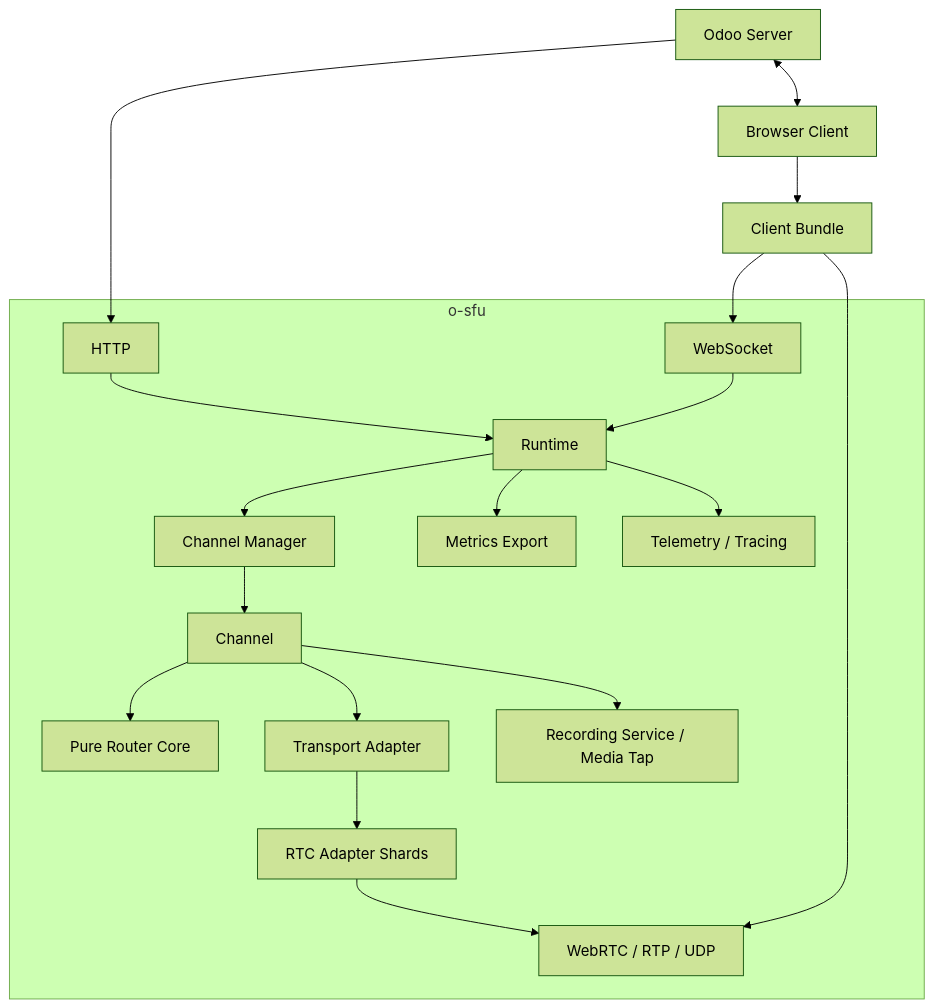
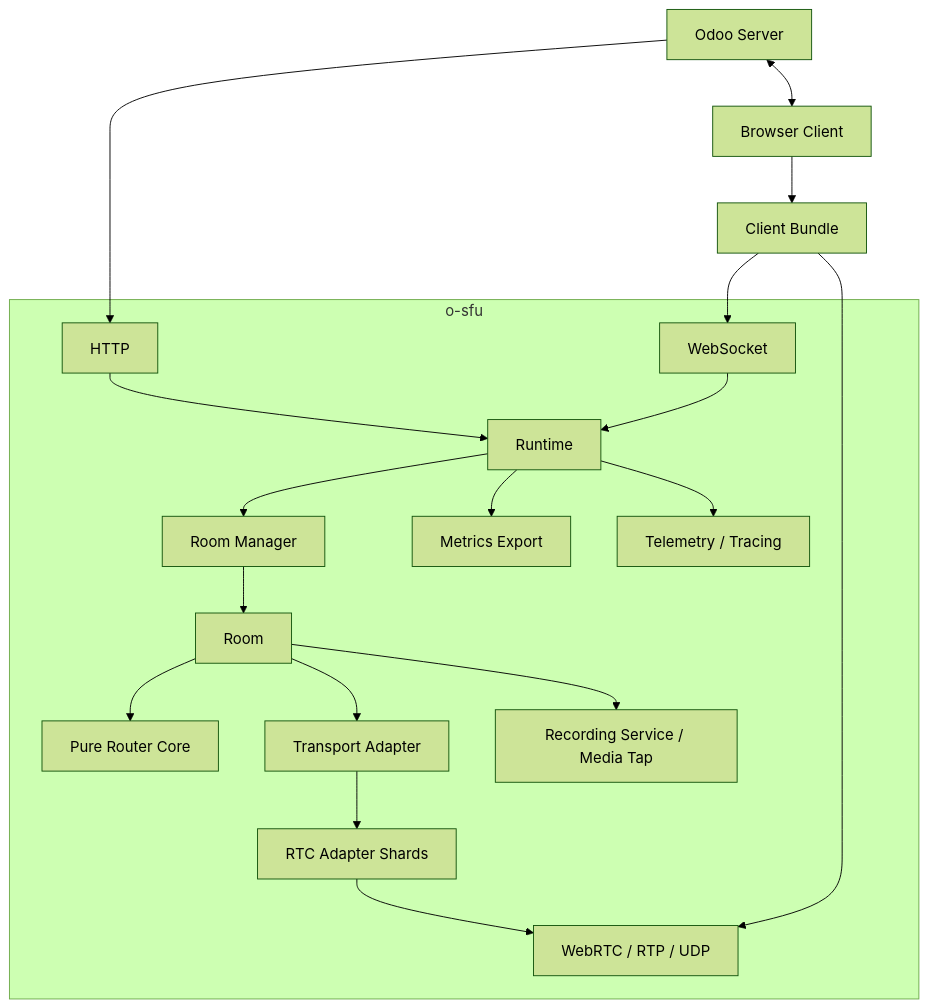
Before and after one commit to ThanhDodeurOdoo/o-sfu: the diagram in README.md, drawn with Mermaid (forest theme). The commit also changed other lines of this file and 283 other files, not shown here.

````diff
--- a/README.md
+++ b/README.md
@@ -21,37 +21,37 @@
 ```mermaid
 flowchart TD
   Odoo[Odoo Server]
   Client[Browser Client]
   CB[Client Bundle]
   subgraph s1["o-sfu"]
     HTTP
     WS[WebSocket]
     RT[Runtime]
-    CM[Channel Manager]
-    CH[Channel]
+    RM[Room Manager]
+    Room
     R[Pure Router Core]
     TRA[Transport Adapter]
     RTCS[RTC Adapter Shards]
     WRTC[WebRTC / RTP / UDP]
     REC[Recording Service / Media Tap]
     MET[Metrics Export]
     TEL[Telemetry / Tracing]
     
   end
   Odoo <--> Client
   Odoo --> HTTP
   HTTP --> RT
   WS --> RT
-  RT --> CM
-  CM --> CH
-  CH --> R
-  CH --> TRA
+  RT --> RM
+  RM --> Room
+  Room --> R
+  Room --> TRA
   TRA --> RTCS
   RTCS --> WRTC
-  CH --> REC
+  Room --> REC
   RT --> MET
   RT --> TEL
   Client --> CB
   CB --> WS
   CB --> WRTC
 ```
````
